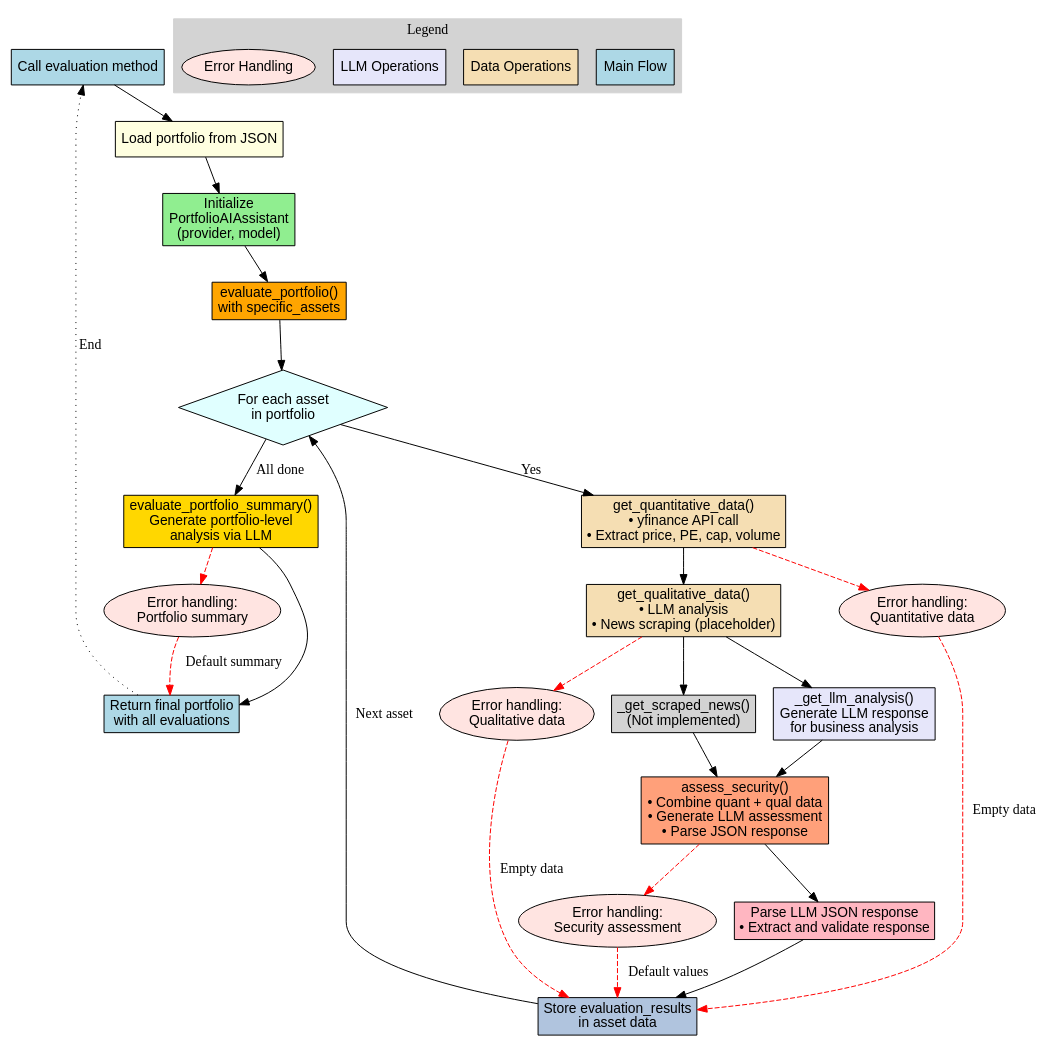
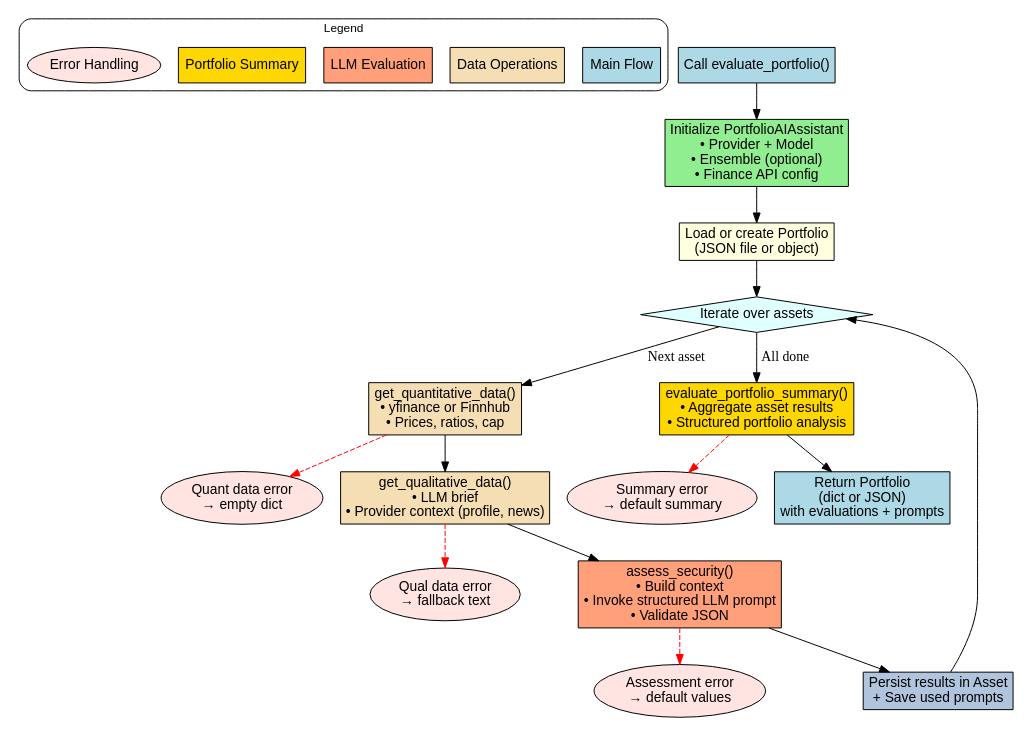
One commit to jasper-bk/Masterarbeit changed the diagram in assets/misc/flowchart_evaluate_portfolio.dot. Above: the diagram before and after it, drawn with Graphviz. The commit also changed 11 other files, not shown here.

```diff
--- a/assets/misc/flowchart_evaluate_portfolio.dot
+++ b/assets/misc/flowchart_evaluate_portfolio.dot
@@ -1,96 +1,79 @@
 digraph PortfolioAIFlow {
     rankdir=TB;
     node [shape=box, style=filled, fontname="Arial"];
 
-    // Main entry point
-    main [label="Call evaluation method", fillcolor=lightblue];
+    // Legend cluster at top
+    subgraph cluster_legend {
+        label="Legend";
+        labelloc="t";
+        fontsize=12;
+        style=rounded;
+        color=black;
+        fontname="Arial";
 
-    // File operations
-    load_portfolio [label="Load portfolio from JSON", fillcolor=lightyellow];
+        legend_main [label="Main Flow", fillcolor=lightblue, shape=box];
+        legend_data [label="Data Operations", fillcolor=wheat, shape=box];
+        legend_llm [label="LLM Evaluation", fillcolor=lightsalmon, shape=box];
+        legend_summary [label="Portfolio Summary", fillcolor=gold, shape=box];
+        legend_error [label="Error Handling", fillcolor=mistyrose, shape=ellipse];
+
+        // Force horizontal alignment inside legend
+        { rank=same; legend_main; legend_data; legend_llm; legend_summary; legend_error; }
+    }
+
+    // Entry point
+    main [label="Call evaluate_portfolio()", fillcolor=lightblue];
 
     // Initialization
-    init_assistant [label="Initialize\nPortfolioAIAssistant\n(provider, model)", fillcolor=lightgreen];
+    init_assistant [label="Initialize PortfolioAIAssistant\n• Provider + Model\n• Ensemble (optional)\n• Finance API config", fillcolor=lightgreen];
 
-    // Main evaluation
-    evaluate_portfolio [label="evaluate_portfolio()\nwith specific_assets", fillcolor=orange];
+    // Portfolio input
+    load_portfolio [label="Load or create Portfolio\n(JSON file or object)", fillcolor=lightyellow];
 
-    // Portfolio evaluation loop
-    loop_assets [label="For each asset\nin portfolio", fillcolor=lightcyan, shape=diamond];
+    // Asset loop
+    loop_assets [label="Iterate over assets", fillcolor=lightcyan, shape=diamond];
 
     // Data gathering
-    get_quant_data [label="get_quantitative_data()\n• yfinance API call\n• Extract price, PE, cap, volume", fillcolor=wheat];
-    get_qual_data [label="get_qualitative_data()\n• LLM analysis\n• News scraping (placeholder)", fillcolor=wheat];
-
-    // LLM analysis
-    llm_analysis [label="_get_llm_analysis()\nGenerate LLM response\nfor business analysis", fillcolor=lavender];
-    news_scraping [label="_get_scraped_news()\n(Not implemented)", fillcolor=lightgray];
+    get_quant_data [label="get_quantitative_data()\n• yfinance or Finnhub\n• Prices, ratios, cap", fillcolor=wheat];
+    get_qual_data [label="get_qualitative_data()\n• LLM brief\n• Provider context (profile, news)", fillcolor=wheat];
 
     // Security assessment
-    assess_security [label="assess_security()\n• Combine quant + qual data\n• Generate LLM assessment\n• Parse JSON response", fillcolor=lightsalmon];
-
-    // JSON parsing and validation
-    parse_json [label="Parse LLM JSON response\n• Extract and validate response", fillcolor=lightpink];
+    assess_security [label="assess_security()\n• Build context\n• Invoke structured LLM prompt\n• Validate JSON", fillcolor=lightsalmon];
 
     // Store results
-    store_results [label="Store evaluation_results\nin asset data", fillcolor=lightsteelblue];
+    store_results [label="Persist results in Asset\n+ Save used prompts", fillcolor=lightsteelblue];
 
     // Portfolio summary
-    portfolio_summary [label="evaluate_portfolio_summary()\nGenerate portfolio-level\nanalysis via LLM", fillcolor=gold];
+    portfolio_summary [label="evaluate_portfolio_summary()\n• Aggregate asset results\n• Structured portfolio analysis", fillcolor=gold];
 
     // Final output
-    output_json [label="Return final portfolio\nwith all evaluations", fillcolor=lightblue];
+    output_json [label="Return Portfolio\n(dict or JSON)\nwith evaluations + prompts", fillcolor=lightblue];
 
     // Error handling nodes
-    error_quant [label="Error handling:\nQuantitative data", fillcolor=mistyrose, shape=ellipse];
-    error_qual [label="Error handling:\nQualitative data", fillcolor=mistyrose, shape=ellipse];
-    error_assess [label="Error handling:\nSecurity assessment", fillcolor=mistyrose, shape=ellipse];
-    error_summary [label="Error handling:\nPortfolio summary", fillcolor=mistyrose, shape=ellipse];
+    error_quant [label="Quant data error\n→ empty dict", fillcolor=mistyrose, shape=ellipse];
+    error_qual [label="Qual data error\n→ fallback text", fillcolor=mistyrose, shape=ellipse];
+    error_assess [label="Assessment error\n→ default values", fillcolor=mistyrose, shape=ellipse];
+    error_summary [label="Summary error\n→ default summary", fillcolor=mistyrose, shape=ellipse];
 
     // Flow connections
-    main -> load_portfolio;
-    load_portfolio -> init_assistant;
-    init_assistant -> evaluate_portfolio;
-    evaluate_portfolio -> loop_assets;
+    main -> init_assistant;
+    init_assistant -> load_portfolio;
+    load_portfolio -> loop_assets;
 
-    loop_assets -> get_quant_data [label="Yes"];
+    loop_assets -> get_quant_data [label="Next asset"];
     loop_assets -> portfolio_summary [label="All done"];
 
     get_quant_data -> get_qual_data;
     get_quant_data -> error_quant [style=dashed, color=red];
 
-    get_qual_data -> llm_analysis;
-    get_qual_data -> news_scraping;
+    get_qual_data -> assess_security;
     get_qual_data -> error_qual [style=dashed, color=red];
 
-    llm_analysis -> assess_security;
-    news_scraping -> assess_security;
-
-    assess_security -> parse_json;
+    assess_security -> store_results;
     assess_security -> error_assess [style=dashed, color=red];
 
-    parse_json -> store_results;
-    store_results -> loop_assets [label="Next asset"];
+    store_results -> loop_assets;
 
     portfolio_summary -> output_json;
     portfolio_summary -> error_summary [style=dashed, color=red];
-
-    output_json -> main [style=dotted, label="End"];
-
-    // Error flows back to main processing
-    error_quant -> store_results [style=dashed, color=red, label="Empty data"];
-    error_qual -> store_results [style=dashed, color=red, label="Empty data"];
-    error_assess -> store_results [style=dashed, color=red, label="Default values"];
-    error_summary -> output_json [style=dashed, color=red, label="Default summary"];
-
-    // Legend
-    subgraph cluster_legend {
-        label="Legend";
-        style=filled;
-        color=lightgrey;
-
-        legend_main [label="Main Flow", fillcolor=lightblue, shape=box];
-        legend_data [label="Data Operations", fillcolor=wheat, shape=box];
-        legend_llm [label="LLM Operations", fillcolor=lavender, shape=box];
-        legend_error [label="Error Handling", fillcolor=mistyrose, shape=ellipse];
-    }
 }
```
